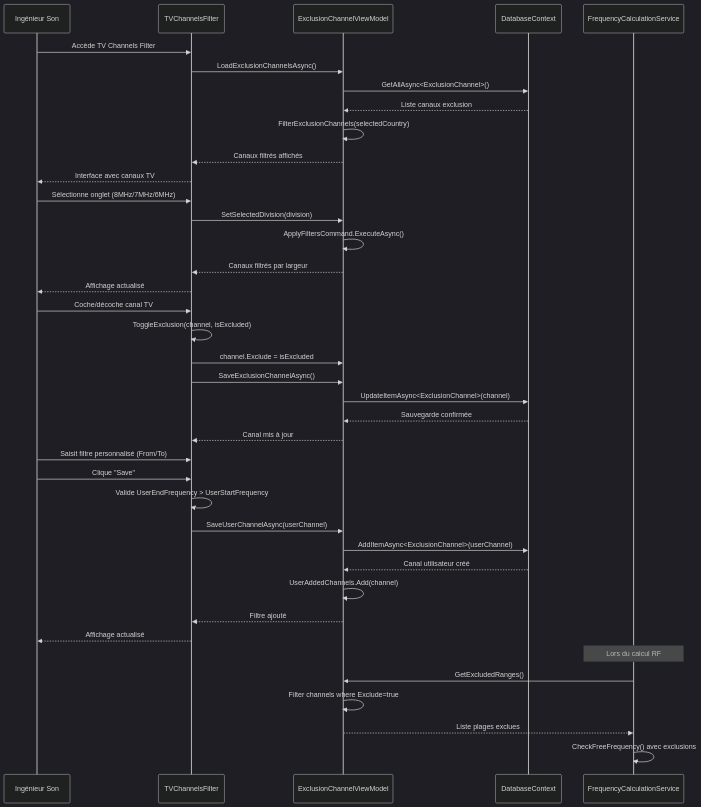
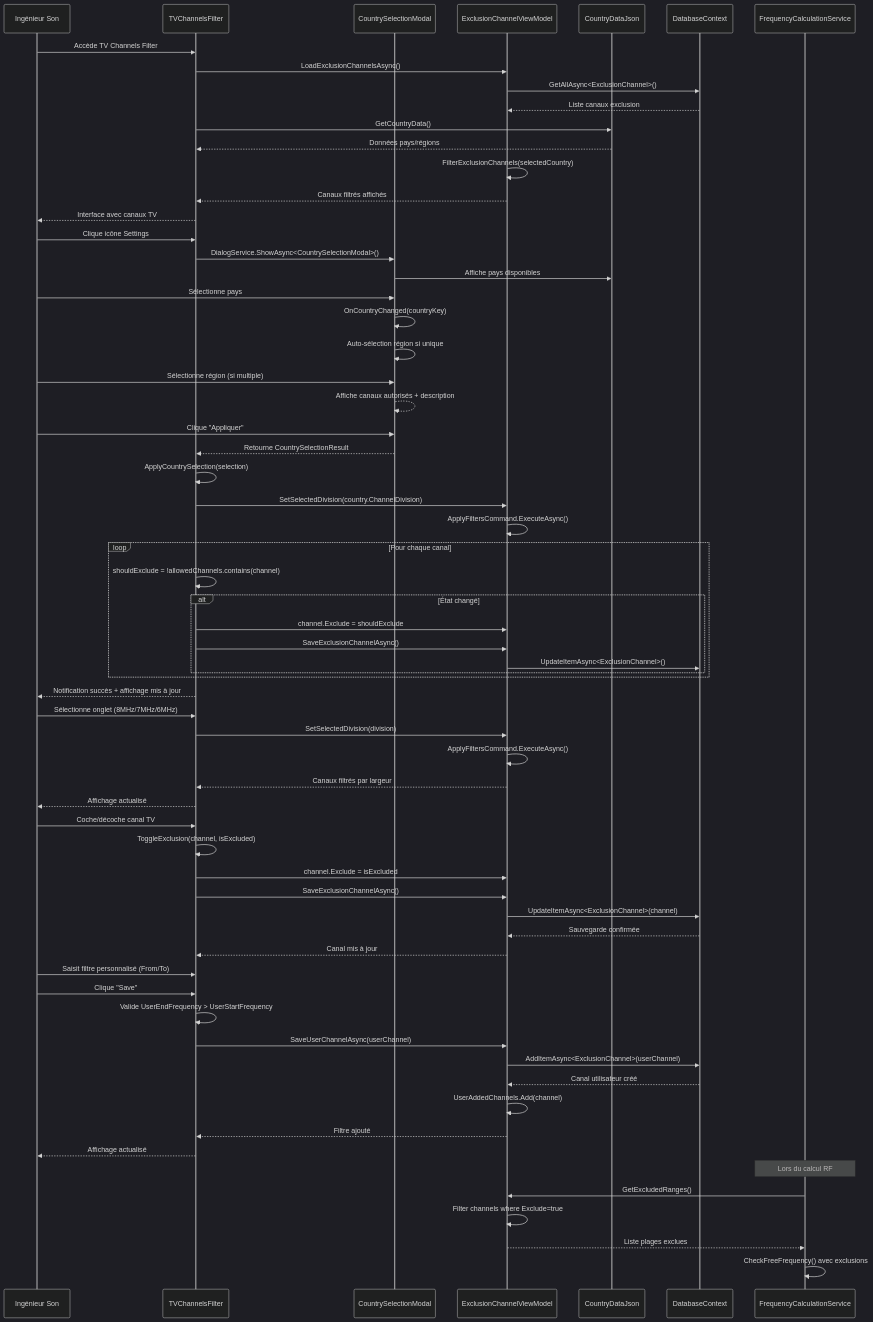
Before and after one commit to Beatwen/RF_Go: the first of 2 diagrams in docusaurus/docs/uml-analysis/use-cases/uc-006.md, drawn with Mermaid (dark theme). The commit also changed other lines of this file and 6 other files, not shown here.

Commit message:
filters TV Channels by geoloc V1

````diff
--- a/docusaurus/docs/uml-analysis/use-cases/uc-006.md
+++ b/docusaurus/docs/uml-analysis/use-cases/uc-006.md
@@ -120,46 +154,75 @@
 ```mermaid
 sequenceDiagram
     participant IS as Ingénieur Son
     participant UI as TVChannelsFilter
+    participant CSM as CountrySelectionModal
     participant ECVM as ExclusionChannelViewModel
+    participant CDJ as CountryDataJson
     participant BD as DatabaseContext
     participant FCS as FrequencyCalculationService
 
     IS->>UI: Accède TV Channels Filter
     UI->>ECVM: LoadExclusionChannelsAsync()
     ECVM->>BD: GetAllAsync<ExclusionChannel>()
     BD-->>ECVM: Liste canaux exclusion
+    UI->>CDJ: GetCountryData()
+    CDJ-->>UI: Données pays/régions
     ECVM->>ECVM: FilterExclusionChannels(selectedCountry)
     ECVM-->>UI: Canaux filtrés affichés
     UI-->>IS: Interface avec canaux TV
+
+    IS->>UI: Clique icône Settings
+    UI->>CSM: DialogService.ShowAsync<CountrySelectionModal>()
+    CSM->>CDJ: Affiche pays disponibles
+    IS->>CSM: Sélectionne pays
+    CSM->>CSM: OnCountryChanged(countryKey)
+    CSM->>CSM: Auto-sélection région si unique
+    IS->>CSM: Sélectionne région (si multiple)
+    CSM-->>CSM: Affiche canaux autorisés + description
+    IS->>CSM: Clique "Appliquer"
+    CSM-->>UI: Retourne CountrySelectionResult
+    UI->>UI: ApplyCountrySelection(selection)
+    UI->>ECVM: SetSelectedDivision(country.ChannelDivision)
+    ECVM->>ECVM: ApplyFiltersCommand.ExecuteAsync()
+    
+    loop Pour chaque canal
+        UI->>UI: shouldExclude = !allowedChannels.contains(channel)
+        alt État changé
+            UI->>ECVM: channel.Exclude = shouldExclude
+            UI->>ECVM: SaveExclusionChannelAsync()
+            ECVM->>BD: UpdateItemAsync<ExclusionChannel>()
+        end
+    end
+    
+    UI-->>IS: Notification succès + affichage mis à jour
 
     IS->>UI: Sélectionne onglet (8MHz/7MHz/6MHz)
     UI->>ECVM: SetSelectedDivision(division)
     ECVM->>ECVM: ApplyFiltersCommand.ExecuteAsync()
     ECVM-->>UI: Canaux filtrés par largeur
     UI-->>IS: Affichage actualisé
 
     IS->>UI: Coche/décoche canal TV
     UI->>UI: ToggleExclusion(channel, isExcluded)
     UI->>ECVM: channel.Exclude = isExcluded
     UI->>ECVM: SaveExclusionChannelAsync()
     ECVM->>BD: UpdateItemAsync<ExclusionChannel>(channel)
     BD-->>ECVM: Sauvegarde confirmée
     ECVM-->>UI: Canal mis à jour
 
     IS->>UI: Saisit filtre personnalisé (From/To)
     IS->>UI: Clique "Save"
     UI->>UI: Valide UserEndFrequency > UserStartFrequency
     UI->>ECVM: SaveUserChannelAsync(userChannel)
     ECVM->>BD: AddItemAsync<ExclusionChannel>(userChannel)
     BD-->>ECVM: Canal utilisateur créé
     ECVM->>ECVM: UserAddedChannels.Add(channel)
     ECVM-->>UI: Filtre ajouté
     UI-->>IS: Affichage actualisé
 
     Note over FCS: Lors du calcul RF
     FCS->>ECVM: GetExcludedRanges()
     ECVM->>ECVM: Filter channels where Exclude=true
     ECVM-->>FCS: Liste plages exclues
     FCS->>FCS: CheckFreeFrequency() avec exclusions
 ```
````
